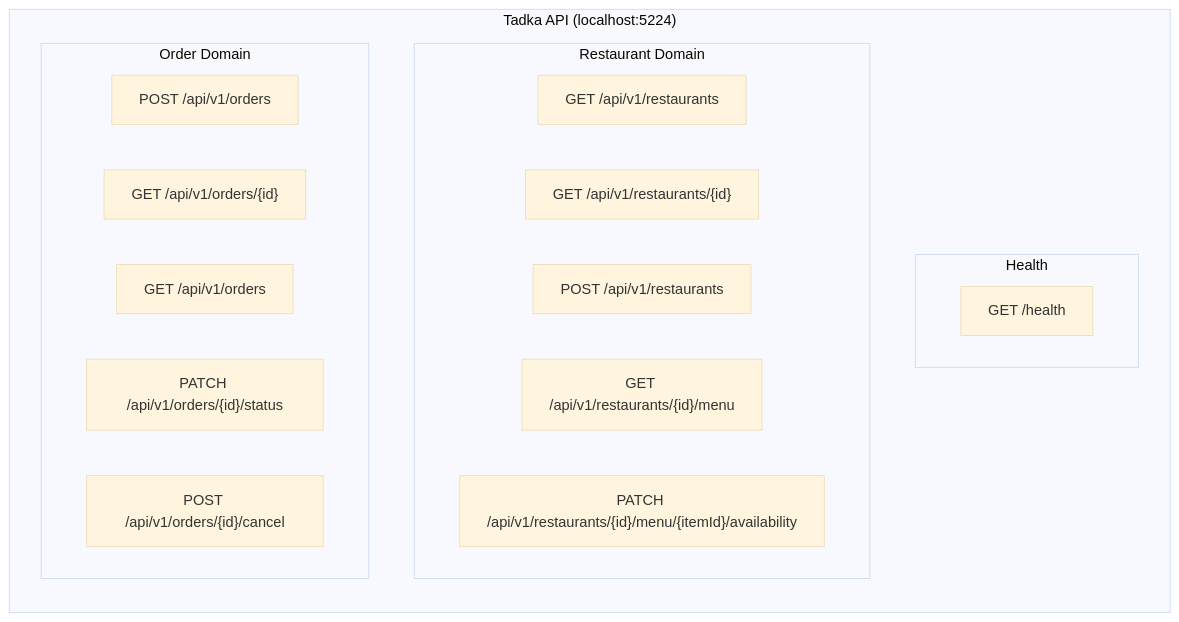
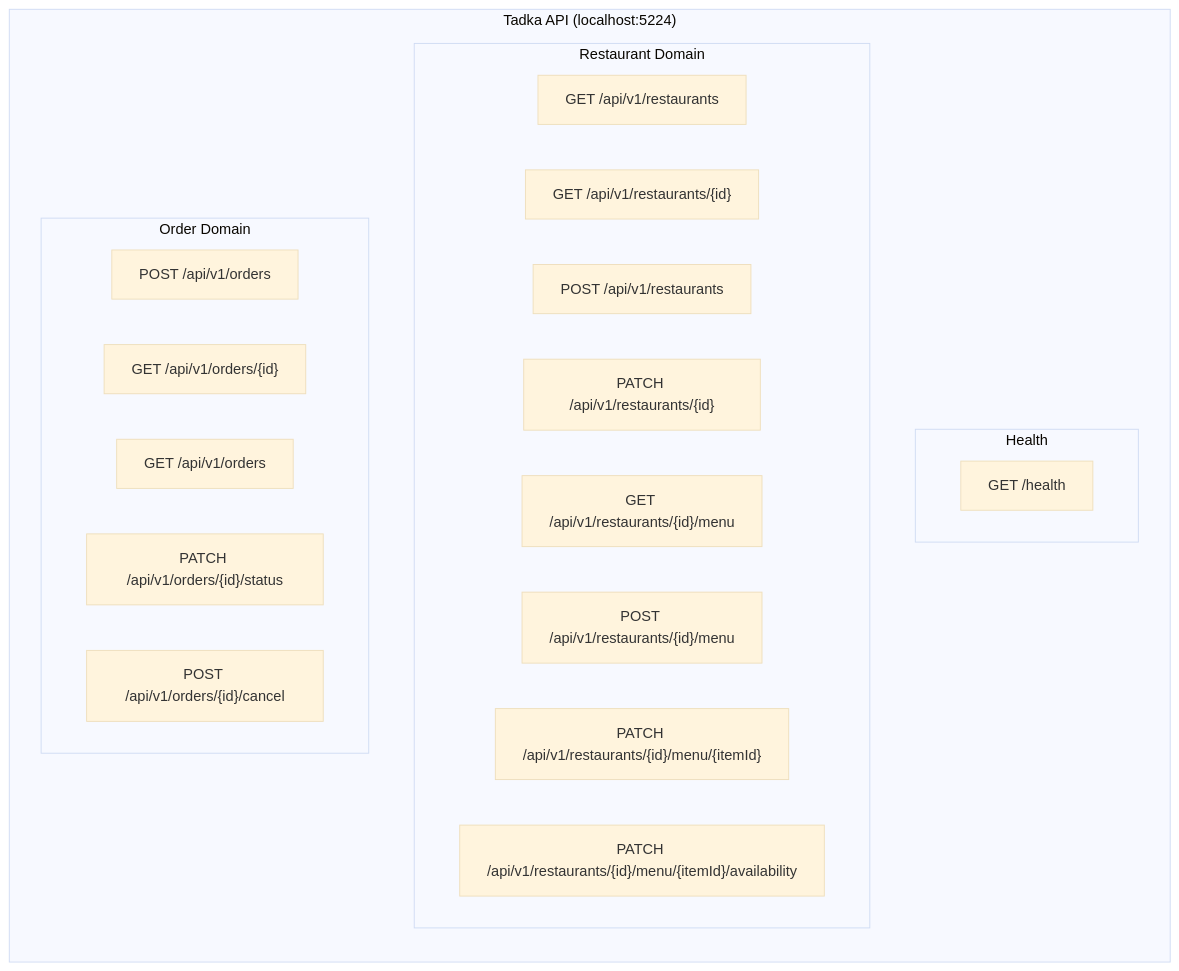
The first of 2 diagrams in docs/diagrams/day-03-api-route-map.md (desiarchitect/tadka-cohort), drawn with Mermaid (base theme) before and after one commit. The commit also changed other lines of this file and 2 other files, not shown here.

First line of the commit message:
day-03 contract: add menu CRUD + restaurant update; document no-PUT/no-DELETE reasoning

````diff
--- a/docs/diagrams/day-03-api-route-map.md
+++ b/docs/diagrams/day-03-api-route-map.md
@@ -5,24 +5,27 @@
 ```mermaid
 graph LR
     subgraph "Tadka API (localhost:5224)"
         subgraph "Health"
             H1["GET /health"]
         end
 
         subgraph "Restaurant Domain"
             R1["GET /api/v1/restaurants"]
             R2["GET /api/v1/restaurants/{id}"]
             R3["POST /api/v1/restaurants"]
-            R4["GET /api/v1/restaurants/{id}/menu"]
-            R5["PATCH /api/v1/restaurants/{id}/menu/{itemId}/availability"]
+            R4["PATCH /api/v1/restaurants/{id}"]
+            R5["GET /api/v1/restaurants/{id}/menu"]
+            R6["POST /api/v1/restaurants/{id}/menu"]
+            R7["PATCH /api/v1/restaurants/{id}/menu/{itemId}"]
+            R8["PATCH /api/v1/restaurants/{id}/menu/{itemId}/availability"]
         end
 
         subgraph "Order Domain"
             O1["POST /api/v1/orders"]
             O2["GET /api/v1/orders/{id}"]
             O3["GET /api/v1/orders"]
             O4["PATCH /api/v1/orders/{id}/status"]
             O5["POST /api/v1/orders/{id}/cancel"]
         end
     end
 ```
````
